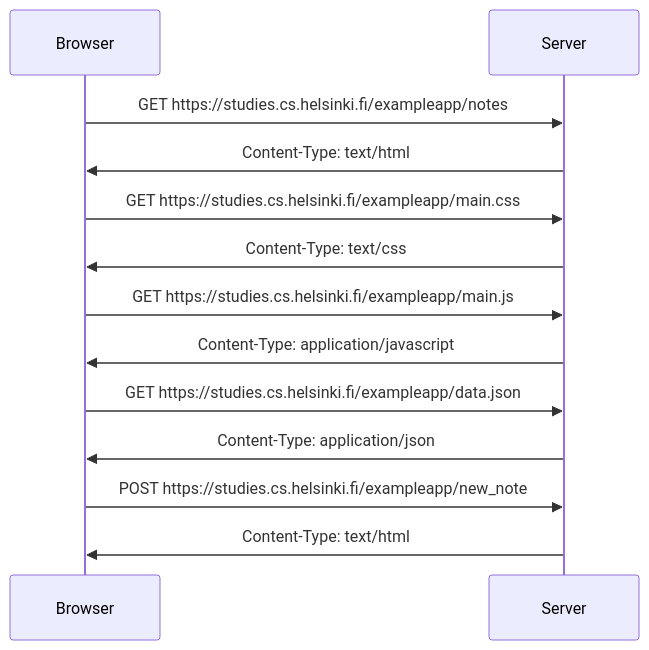
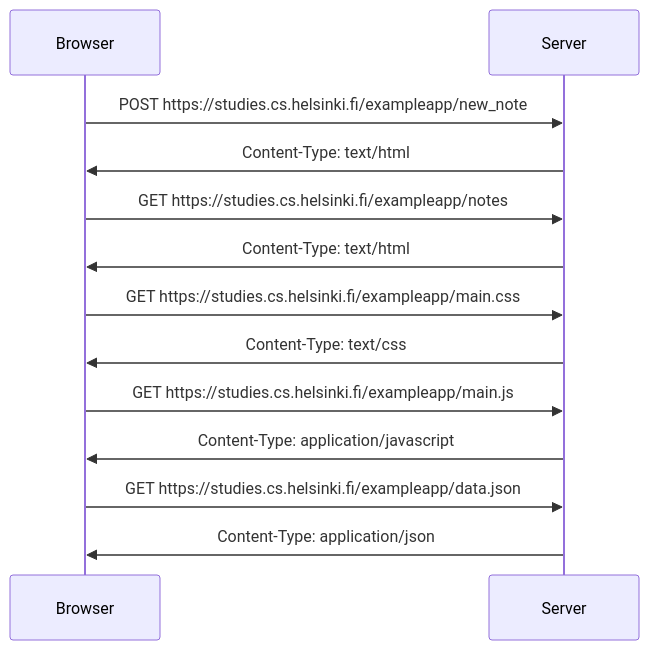
The diagram in part 0/exercise4.md (PitsMB/full-stack-open), drawn with Mermaid before and after one commit. The commit also changed other lines of this file and 1 other file, not shown here.

````diff
--- a/part 0/exercise4.md
+++ b/part 0/exercise4.md
@@ -1,15 +1,15 @@
 ```mermaid
 sequenceDiagram
     participant Browser
     participant Server
+    Browser->>Server: POST https://studies.cs.helsinki.fi/exampleapp/new_note
+    Server->>Browser: Content-Type: text/html
     Browser->>Server: GET https://studies.cs.helsinki.fi/exampleapp/notes
     Server->>Browser: Content-Type: text/html
     Browser->>Server: GET https://studies.cs.helsinki.fi/exampleapp/main.css
     Server->>Browser: Content-Type: text/css
     Browser->>Server: GET https://studies.cs.helsinki.fi/exampleapp/main.js
     Server->>Browser: Content-Type: application/javascript
     Browser->>Server: GET https://studies.cs.helsinki.fi/exampleapp/data.json
     Server->>Browser: Content-Type: application/json
-    Browser->>Server: POST https://studies.cs.helsinki.fi/exampleapp/new_note
-    Server->>Browser: Content-Type: text/html
 ```
````
